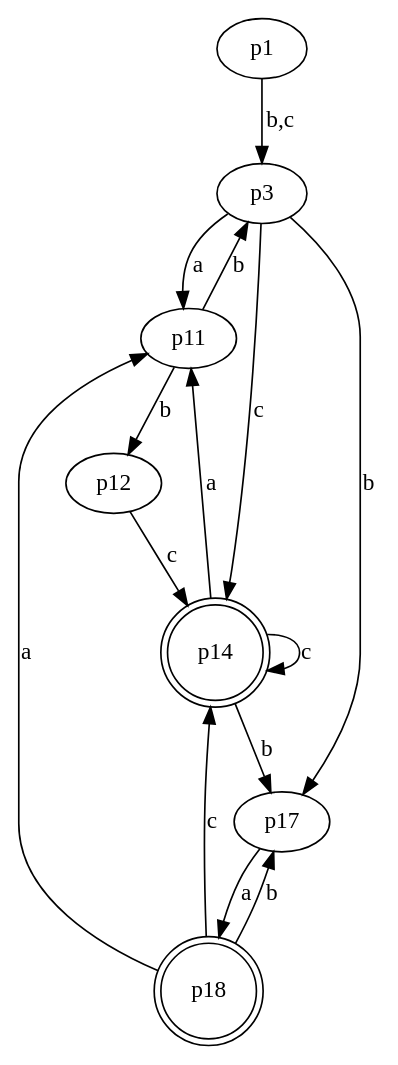
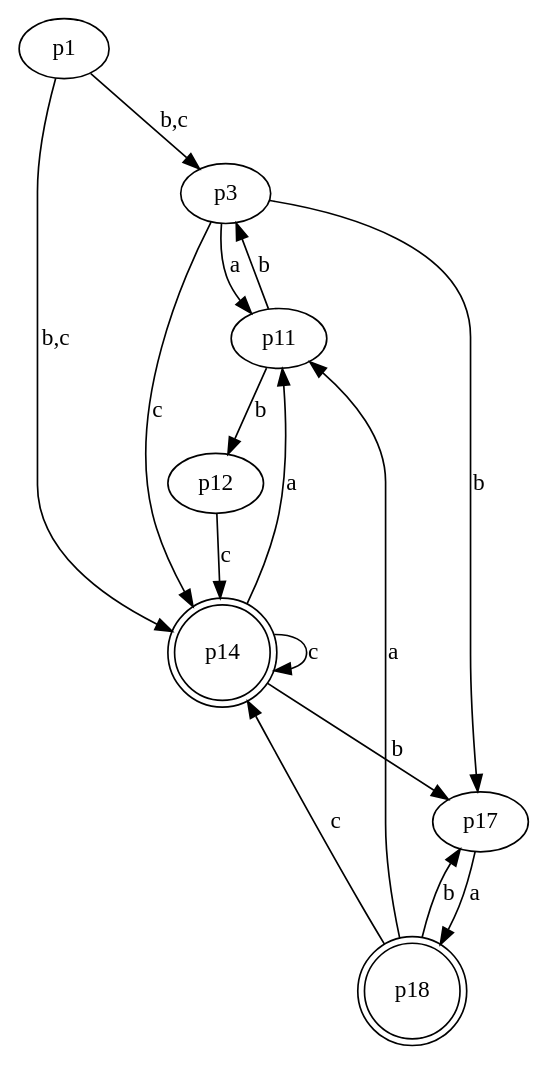
One commit to NRU-MPEI-IMAI/git-Edmelissa changed the diagram in Task3/3_4(del).gv. Above: the diagram before and after it, drawn with Graphviz. The commit also changed other lines of this file, not shown here.

```diff
--- a/Task3/3_4(del).gv
+++ b/Task3/3_4(del).gv
@@ -1,31 +1,32 @@
 digraph G 
 {
     n1 [label = p1]
     n3 [label = p3]
     n11 [label = p11]
     n12 [label = p12]
     n14 [label = p14, shape = doublecircle]
     n17 [label = p17]
     n18 [label = p18, shape = doublecircle]
 	
+	n1 -> n14 [label = "b,c"]
     n1 -> n3 [label = "b,c"]
     
     n3 -> n11 [label = "a"]
     n3 -> n17 [label = "b"]
     n3 -> n14 [label = "c"]
     
     n11 -> n3  [label = "b"]
     n11 -> n12  [label = "b"]
     
     n12 -> n14 [label = "c"]
     
     n14 -> n14  [label = "c"]
     n14 -> n11 [label = "a"]
     n14 -> n17 [label = "b"]
     
     n17 -> n18 [label = "a"]
     
     n18 -> n17  [label = "b"]
     n18 -> n11 [label = "a"]
     n18 -> n14  [label = "c"]
 }
```
